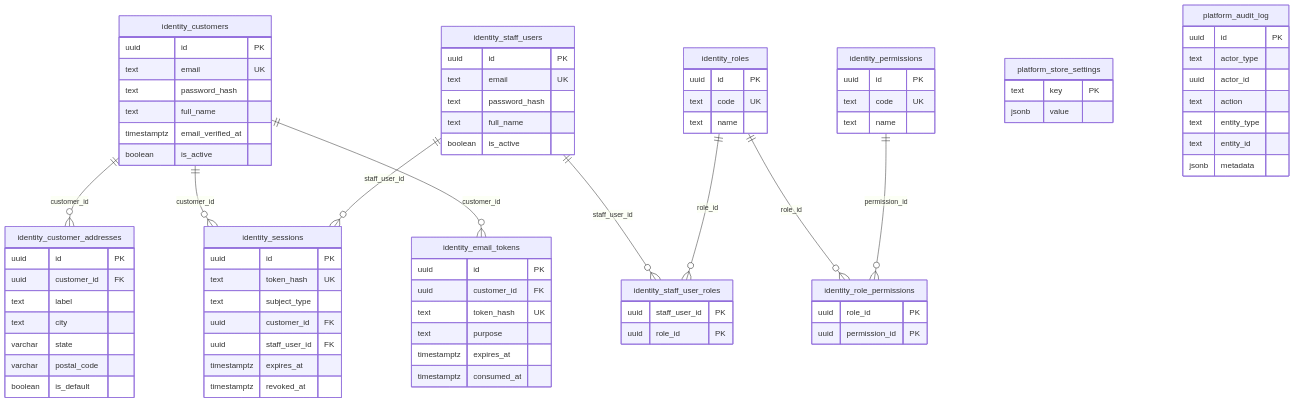
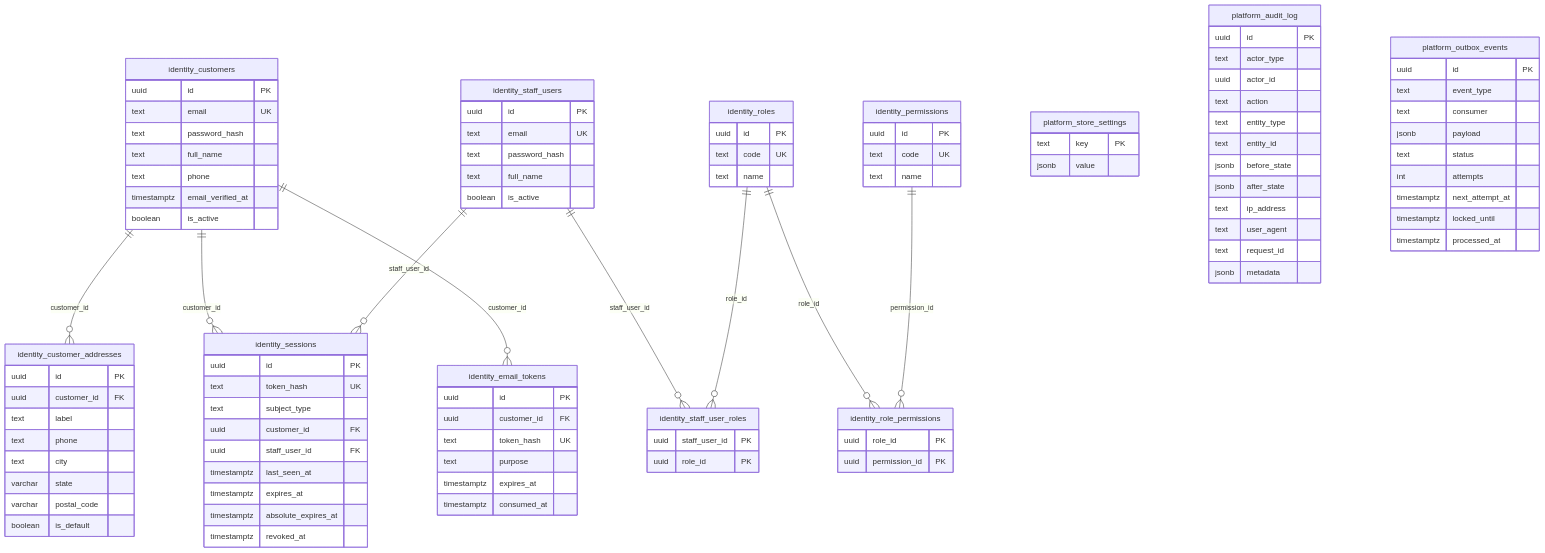
Before and after one commit to Luiquecruz/minie-shop: the second of 3 diagrams in docs/db-model.md, drawn with Mermaid. The commit also changed other lines of this file and 23 other files, not shown here.

```diff
--- a/docs/db-model.md
+++ b/docs/db-model.md
@@ -121,6 +131,7 @@
     text email UK
     text password_hash
     text full_name
+    text phone
     timestamptz email_verified_at
     boolean is_active
   }
@@ -129,6 +140,7 @@
     uuid id PK
     uuid customer_id FK
     text label
+    text phone
     text city
     varchar state
     varchar postal_code
@@ -171,7 +183,9 @@
     text subject_type
     uuid customer_id FK
     uuid staff_user_id FK
+    timestamptz last_seen_at
     timestamptz expires_at
+    timestamptz absolute_expires_at
     timestamptz revoked_at
   }
 
@@ -196,7 +210,24 @@
     text action
     text entity_type
     text entity_id
+    jsonb before_state
+    jsonb after_state
+    text ip_address
+    text user_agent
+    text request_id
     jsonb metadata
+  }
+
+  platform_outbox_events {
+    uuid id PK
+    text event_type
+    text consumer
+    jsonb payload
+    text status
+    int attempts
+    timestamptz next_attempt_at
+    timestamptz locked_until
+    timestamptz processed_at
   }
 
   identity_customers ||--o{ identity_customer_addresses : customer_id
```
